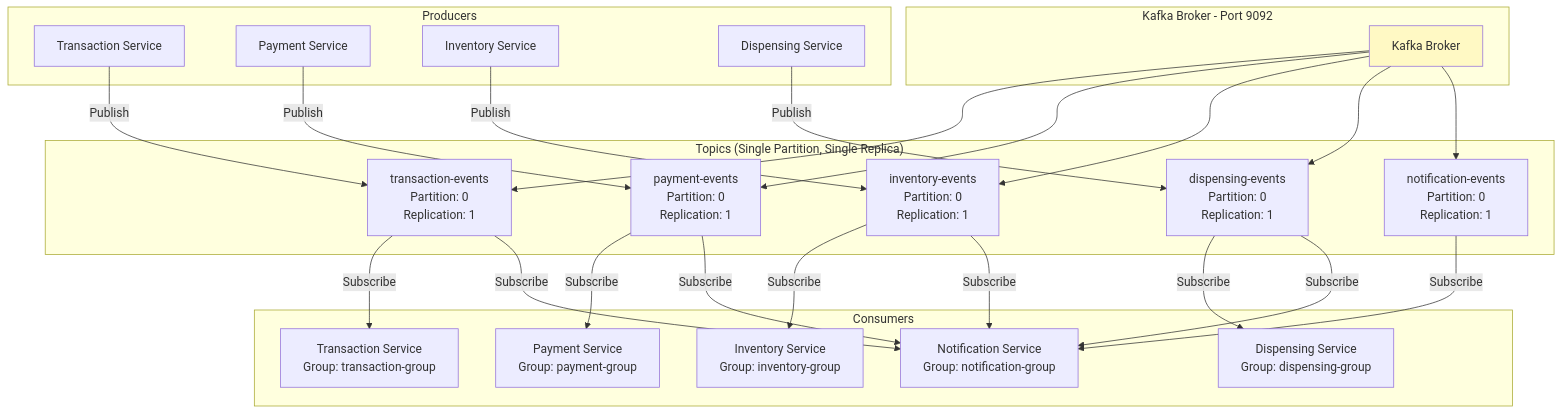
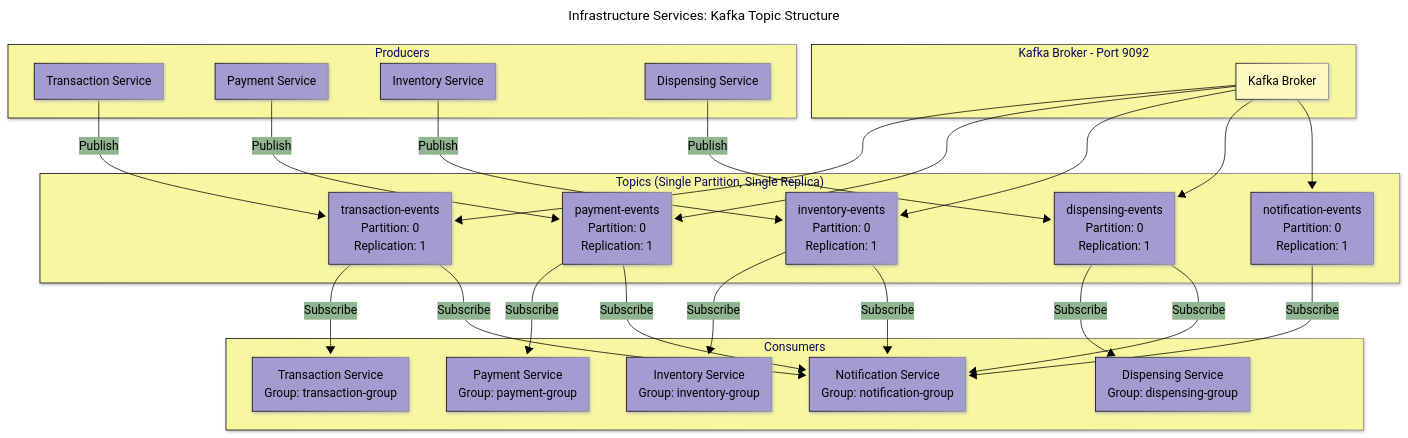
The sixth of 8 diagrams in Documentation/diagrams/infrastructure-services.md (BrunoGil-AS/Vending-Machine-Microservices), drawn with Mermaid before and after one commit. The commit also changed other lines of this file and 7 other files, not shown here.

Commit message:
docs: Update service diagrams with new configurations and titles

````diff
--- a/Documentation/diagrams/infrastructure-services.md
+++ b/Documentation/diagrams/infrastructure-services.md
@@ -263,53 +333,67 @@
 ```mermaid
+---
+config:
+  theme: base
+  themeVariables:
+    primaryColor: '#a39cd1ff'
+    primaryTextColor: '#000000'
+    secondaryTextColor: '#ffffffff'
+    primaryBorderColor: '#000000'
+    lineColor: '#000000ff'
+    secondaryColor: '#90b590ff'
+    tertiaryColor: '#f9f6a1ff'
+  look: neo
+title: 'Infrastructure Services: Kafka Topic Structure'
+---
 graph TB
     subgraph "Kafka Broker - Port 9092"
         BROKER[Kafka Broker]
     end
 
     subgraph "Topics (Single Partition, Single Replica)"
         TRANS_TOPIC[transaction-events<br/>Partition: 0<br/>Replication: 1]
         PAY_TOPIC[payment-events<br/>Partition: 0<br/>Replication: 1]
         INV_TOPIC[inventory-events<br/>Partition: 0<br/>Replication: 1]
         DISP_TOPIC[dispensing-events<br/>Partition: 0<br/>Replication: 1]
         NOTIF_TOPIC[notification-events<br/>Partition: 0<br/>Replication: 1]
     end
 
     subgraph "Producers"
         TRANS_PROD[Transaction Service]
         PAY_PROD[Payment Service]
         INV_PROD[Inventory Service]
         DISP_PROD[Dispensing Service]
     end
 
     subgraph "Consumers"
         TRANS_CONS[Transaction Service<br/>Group: transaction-group]
         PAY_CONS[Payment Service<br/>Group: payment-group]
         INV_CONS[Inventory Service<br/>Group: inventory-group]
         DISP_CONS[Dispensing Service<br/>Group: dispensing-group]
         NOTIF_CONS[Notification Service<br/>Group: notification-group]
     end
 
     BROKER --> TRANS_TOPIC
     BROKER --> PAY_TOPIC
     BROKER --> INV_TOPIC
     BROKER --> DISP_TOPIC
     BROKER --> NOTIF_TOPIC
 
     TRANS_PROD -->|Publish| TRANS_TOPIC
     PAY_PROD -->|Publish| PAY_TOPIC
     INV_PROD -->|Publish| INV_TOPIC
     DISP_PROD -->|Publish| DISP_TOPIC
 
     TRANS_TOPIC -->|Subscribe| TRANS_CONS
     PAY_TOPIC -->|Subscribe| PAY_CONS
     INV_TOPIC -->|Subscribe| INV_CONS
     DISP_TOPIC -->|Subscribe| DISP_CONS
 
     TRANS_TOPIC -->|Subscribe| NOTIF_CONS
     PAY_TOPIC -->|Subscribe| NOTIF_CONS
     INV_TOPIC -->|Subscribe| NOTIF_CONS
     DISP_TOPIC -->|Subscribe| NOTIF_CONS
     NOTIF_TOPIC -->|Subscribe| NOTIF_CONS
 
     style BROKER fill:#fff9c4
 ```
````
